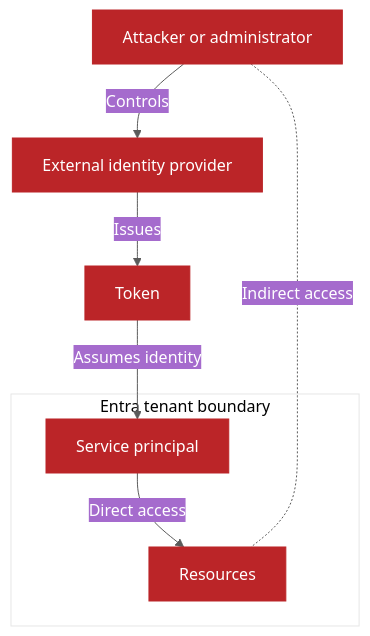
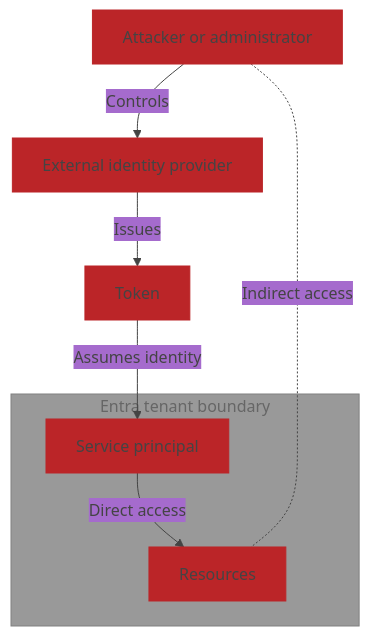
One commit to lucas-ko/lucas-ko.github.io changed the third of 3 diagrams in _posts/2025-01-11-Workload-Identity-Federation-Hidden-Risks.md. Above: the diagram before and after it, drawn with Mermaid. The commit also changed other lines of this file, not shown here.

````diff
--- a/_posts/2025-01-11-Workload-Identity-Federation-Hidden-Risks.md
+++ b/_posts/2025-01-11-Workload-Identity-Federation-Hidden-Risks.md
@@ -94,21 +92,20 @@
 ```mermaid
 %%{
   init: {
     'theme': 'base',
     'themeVariables': {
       'primaryColor': '#BB2528',
-      'primaryTextColor': '#FFFF',
+      'primaryTextColor': '#444444',
       'primaryBorderColor': '#BB2528',
-      'lineColor': '#5B5B5B',
+      'lineColor': '#444444',
       'secondaryColor': '#A56BCD',
-      'tertiaryColor': '#FFFF'
+      'tertiaryColor': '#999999'
     }
   }
-}%%
-flowchart TD  
+}%% flowchart TD  
     A["Attacker or administrator"] -- Controls --> B["External identity provider"] -- Issues --> C[Token] -- Assumes identity --> D["Service principal"]
 subgraph TB ["Entra tenant boundary"]
        D["Service principal"] -- Direct access --> E[Resources]
 end
 A -. Indirect access .- E
 ```
````
